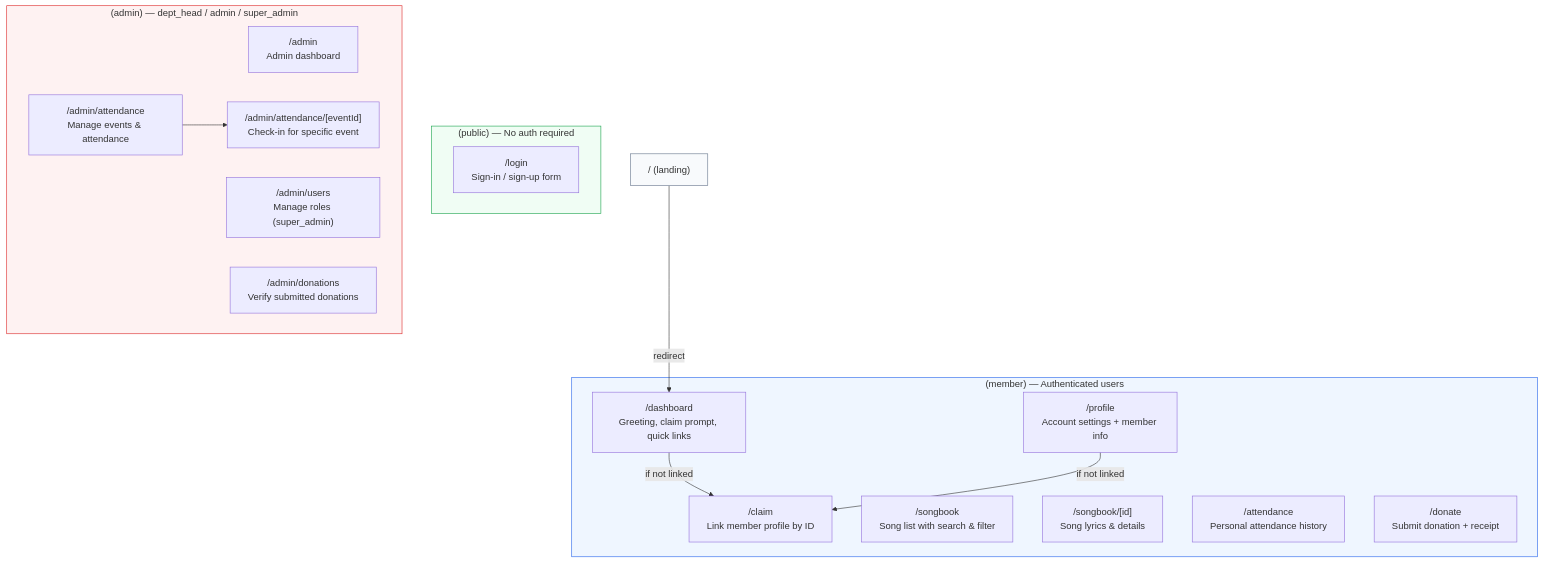
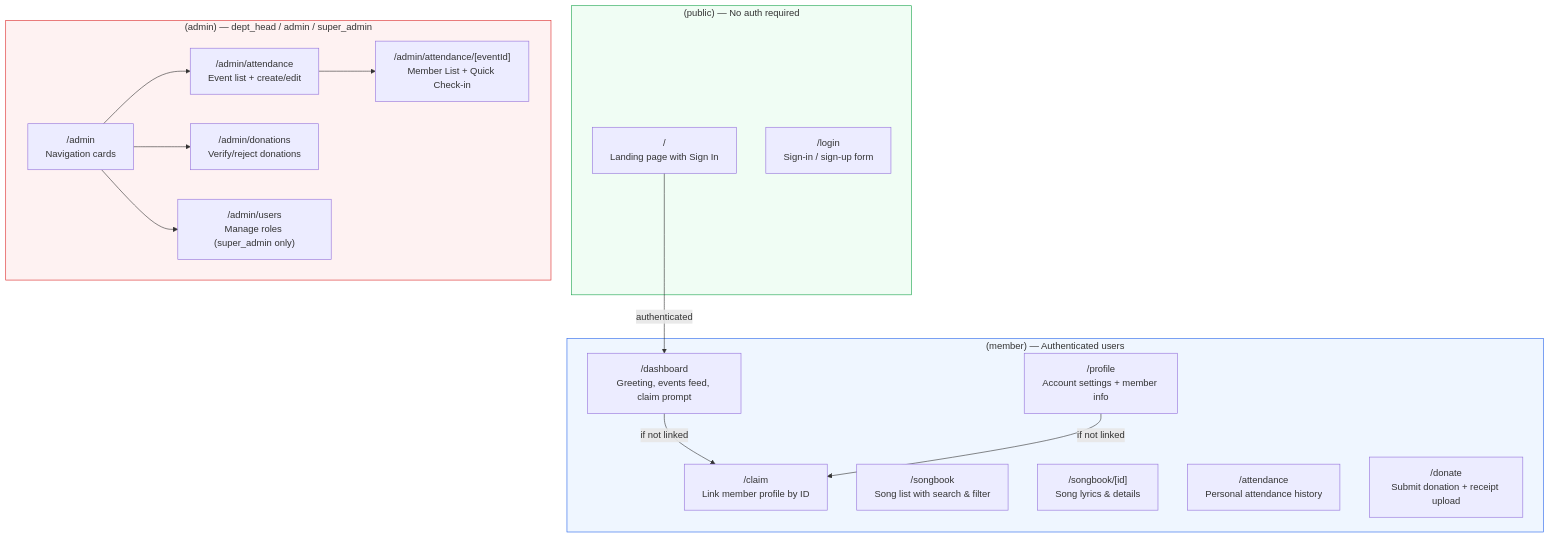
Before and after one commit to Felege-Yordanos-Tech-Team/felege-yordanos-app: the first of 4 diagrams in docs/routes.md, drawn with Mermaid. The commit also changed other lines of this file and 5 other files, not shown here.

````diff
--- a/docs/routes.md
+++ b/docs/routes.md
@@ -5,35 +5,37 @@
 ```mermaid
 graph TD
     subgraph PUBLIC["(public) — No auth required"]
+        LANDING["/<br/>Landing page with Sign In"]
         LOGIN["/login<br/>Sign-in / sign-up form"]
     end
 
     subgraph MEMBER["(member) — Authenticated users"]
-        DASHBOARD["/dashboard<br/>Greeting, claim prompt, quick links"]
+        DASHBOARD["/dashboard<br/>Greeting, events feed, claim prompt"]
         CLAIM["/claim<br/>Link member profile by ID"]
         PROFILE["/profile<br/>Account settings + member info"]
         SONGBOOK["/songbook<br/>Song list with search & filter"]
         SONG_DETAIL["/songbook/[id]<br/>Song lyrics & details"]
         ATTENDANCE["/attendance<br/>Personal attendance history"]
-        DONATE["/donate<br/>Submit donation + receipt"]
+        DONATE["/donate<br/>Submit donation + receipt upload"]
     end
 
     subgraph ADMIN["(admin) — dept_head / admin / super_admin"]
-        ADMIN_HOME["/admin<br/>Admin dashboard"]
-        ADMIN_USERS["/admin/users<br/>Manage roles (super_admin)"]
-        ADMIN_ATTENDANCE["/admin/attendance<br/>Manage events & attendance"]
-        ADMIN_CHECKIN["/admin/attendance/[eventId]<br/>Check-in for specific event"]
-        ADMIN_DONATIONS["/admin/donations<br/>Verify submitted donations"]
+        ADMIN_HOME["/admin<br/>Navigation cards"]
+        ADMIN_USERS["/admin/users<br/>Manage roles (super_admin only)"]
+        ADMIN_ATTENDANCE["/admin/attendance<br/>Event list + create/edit"]
+        ADMIN_CHECKIN["/admin/attendance/[eventId]<br/>Member List + Quick Check-in"]
+        ADMIN_DONATIONS["/admin/donations<br/>Verify/reject donations"]
     end
 
-    ROOT["/ (landing)"] -->|redirect| DASHBOARD
+    LANDING -->|authenticated| DASHBOARD
     DASHBOARD -->|if not linked| CLAIM
     PROFILE -->|if not linked| CLAIM
-
+    ADMIN_HOME --> ADMIN_ATTENDANCE
+    ADMIN_HOME --> ADMIN_DONATIONS
+    ADMIN_HOME --> ADMIN_USERS
     ADMIN_ATTENDANCE --> ADMIN_CHECKIN
 
     style PUBLIC fill:#f0fdf4,stroke:#16a34a
     style MEMBER fill:#eff6ff,stroke:#2563eb
     style ADMIN fill:#fef2f2,stroke:#dc2626
-    style ROOT fill:#f8fafc,stroke:#64748b
 ```
````
